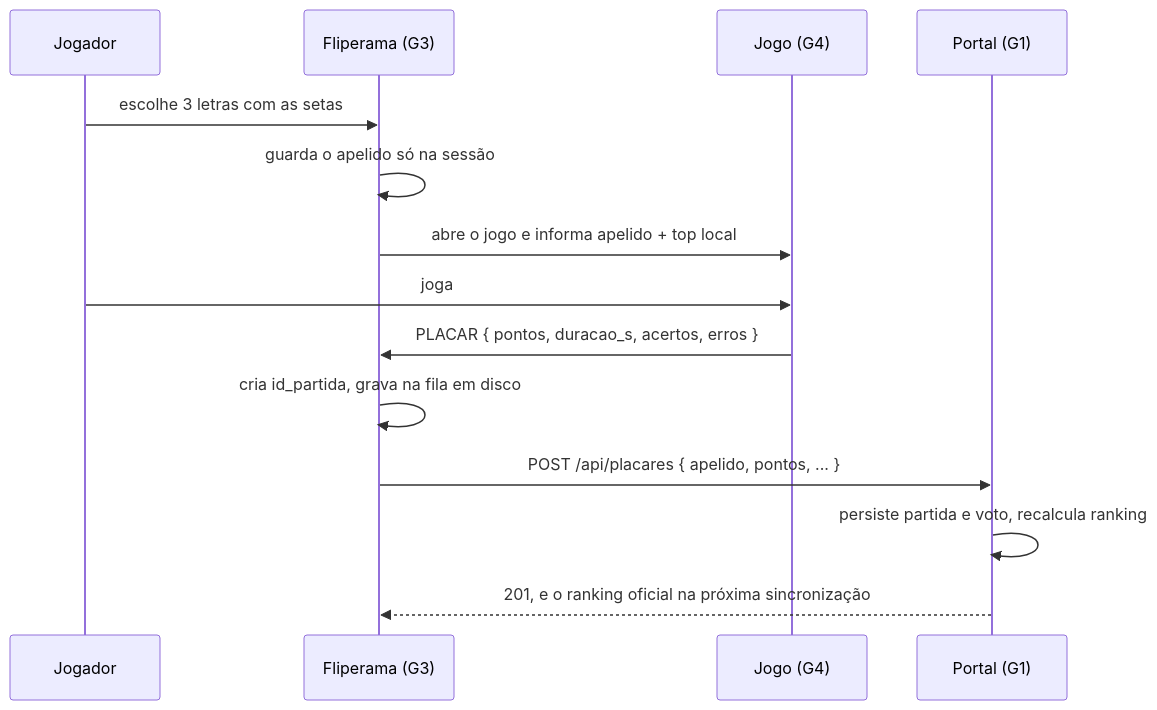
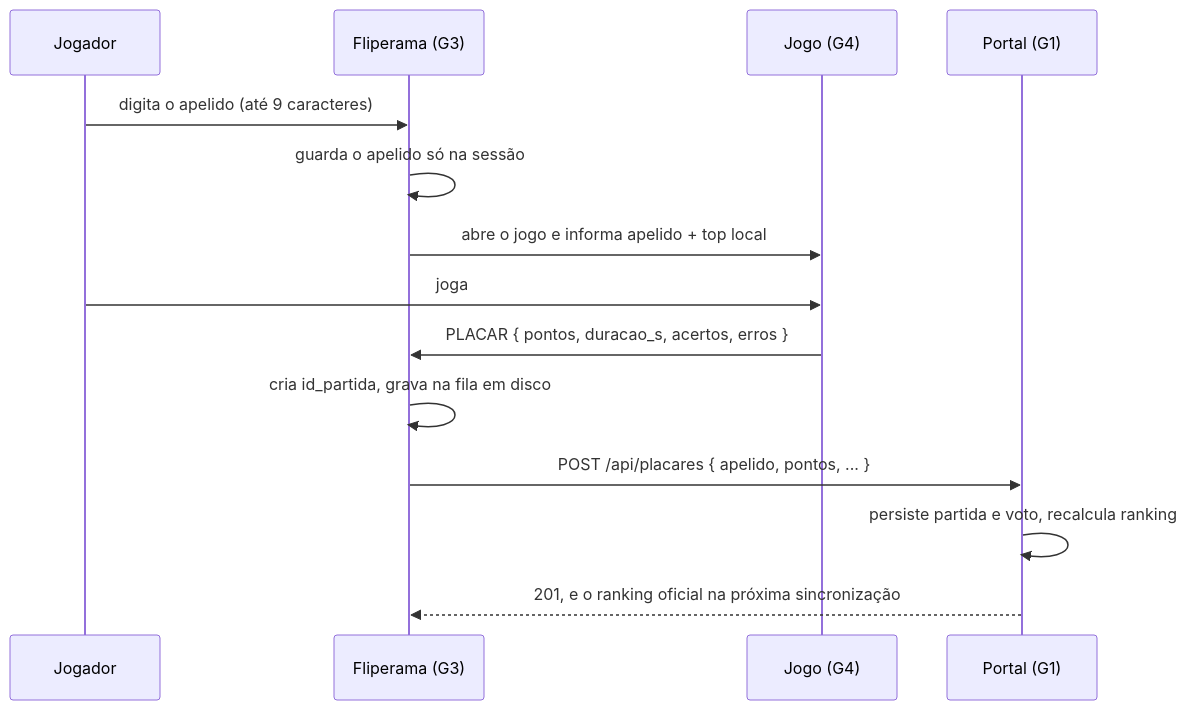
One commit to paulossjunior/aula-extensao changed the fifth of 5 diagrams in docs/trabalho/recreio-arcade.md. Above: the diagram before and after it, drawn with Mermaid. The commit also changed other lines of this file, not shown here.

````diff
--- a/docs/trabalho/recreio-arcade.md
+++ b/docs/trabalho/recreio-arcade.md
@@ -695,16 +697,16 @@
 ```mermaid
 sequenceDiagram
     participant J as Jogador
     participant F as Fliperama (G3)
     participant G as Jogo (G4)
     participant P as Portal (G1)
-    J->>F: escolhe 3 letras com as setas
+    J->>F: digita o apelido (até 9 caracteres)
     F->>F: guarda o apelido só na sessão
     F->>G: abre o jogo e informa apelido + top local
     J->>G: joga
     G->>F: PLACAR { pontos, duracao_s, acertos, erros }
     F->>F: cria id_partida, grava na fila em disco
     F->>P: POST /api/placares { apelido, pontos, ... }
     P->>P: persiste partida e voto, recalcula ranking
     P-->>F: 201, e o ranking oficial na próxima sincronização
 ```
````
